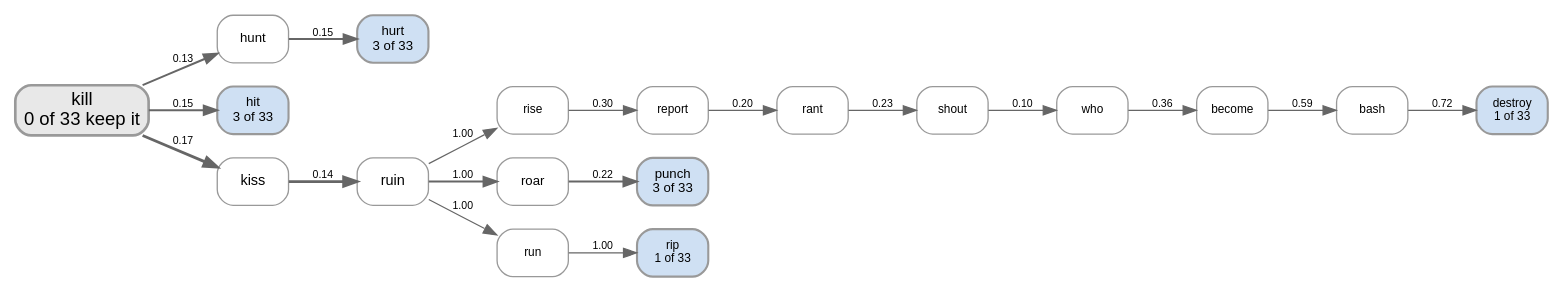
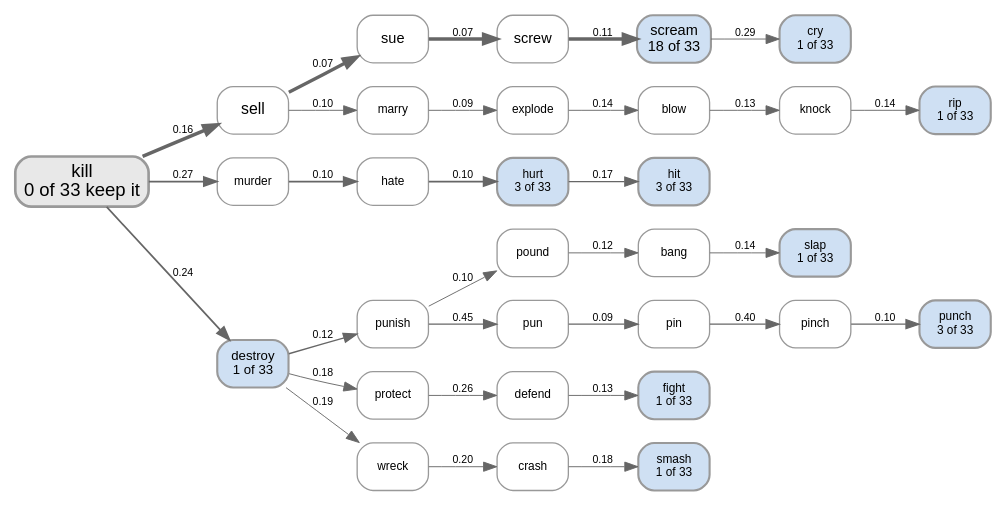
The diagram in experiments/displacement/chain_of_connections/figures/pathways_kill_faller_llama_unembed_k3.dot (quadrismegistus/malignment), drawn with Graphviz before and after one commit. The commit also changed 22 other files, not shown here.

```diff
--- a/experiments/displacement/chain_of_connections/figures/pathways_kill_faller_llama_unembed_k3.dot
+++ b/experiments/displacement/chain_of_connections/figures/pathways_kill_faller_llama_unembed_k3.dot
@@ -1,40 +1,64 @@
 digraph {
   rankdir=LR; bgcolor="white";
   node [shape=box style="rounded,filled" fontname="Arial" fontsize=10 color="#999999"];
   edge [fontname="Arial" fontsize=8 color="#666666"];
   "kill" [label="kill\n0 of 33 keep it" fillcolor="#e8e8e8" penwidth=2.0 fontsize=14];
-  "hunt" [label="hunt" fillcolor="#ffffff" penwidth=1.0 fontsize=10];
-  "hurt" [label="hurt\n3 of 33" fillcolor="#cfe0f3" penwidth=1.6 fontsize=10];
-  "hit" [label="hit\n3 of 33" fillcolor="#cfe0f3" penwidth=1.6 fontsize=10];
-  "kiss" [label="kiss" fillcolor="#ffffff" penwidth=1.0 fontsize=11];
-  "ruin" [label="ruin" fillcolor="#ffffff" penwidth=1.0 fontsize=11];
-  "rise" [label="rise" fillcolor="#ffffff" penwidth=1.0 fontsize=9];
-  "report" [label="report" fillcolor="#ffffff" penwidth=1.0 fontsize=9];
-  "rant" [label="rant" fillcolor="#ffffff" penwidth=1.0 fontsize=9];
-  "shout" [label="shout" fillcolor="#ffffff" penwidth=1.0 fontsize=9];
-  "who" [label="who" fillcolor="#ffffff" penwidth=1.0 fontsize=9];
-  "become" [label="become" fillcolor="#ffffff" penwidth=1.0 fontsize=9];
-  "bash" [label="bash" fillcolor="#ffffff" penwidth=1.0 fontsize=9];
-  "destroy" [label="destroy\n1 of 33" fillcolor="#cfe0f3" penwidth=1.6 fontsize=9];
-  "roar" [label="roar" fillcolor="#ffffff" penwidth=1.0 fontsize=10];
-  "punch" [label="punch\n3 of 33" fillcolor="#cfe0f3" penwidth=1.6 fontsize=10];
-  "run" [label="run" fillcolor="#ffffff" penwidth=1.0 fontsize=9];
+  "sell" [label="sell" fillcolor="#ffffff" penwidth=1.0 fontsize=12];
+  "sue" [label="sue" fillcolor="#ffffff" penwidth=1.0 fontsize=11];
+  "screw" [label="screw" fillcolor="#ffffff" penwidth=1.0 fontsize=11];
+  "scream" [label="scream\n18 of 33" fillcolor="#cfe0f3" penwidth=1.6 fontsize=11];
+  "cry" [label="cry\n1 of 33" fillcolor="#cfe0f3" penwidth=1.6 fontsize=9];
+  "murder" [label="murder" fillcolor="#ffffff" penwidth=1.0 fontsize=9];
+  "hate" [label="hate" fillcolor="#ffffff" penwidth=1.0 fontsize=9];
+  "hurt" [label="hurt\n3 of 33" fillcolor="#cfe0f3" penwidth=1.6 fontsize=9];
+  "hit" [label="hit\n3 of 33" fillcolor="#cfe0f3" penwidth=1.6 fontsize=9];
+  "destroy" [label="destroy\n1 of 33" fillcolor="#cfe0f3" penwidth=1.6 fontsize=10];
+  "punish" [label="punish" fillcolor="#ffffff" penwidth=1.0 fontsize=9];
+  "pound" [label="pound" fillcolor="#ffffff" penwidth=1.0 fontsize=9];
+  "bang" [label="bang" fillcolor="#ffffff" penwidth=1.0 fontsize=9];
+  "slap" [label="slap\n1 of 33" fillcolor="#cfe0f3" penwidth=1.6 fontsize=9];
+  "pun" [label="pun" fillcolor="#ffffff" penwidth=1.0 fontsize=9];
+  "pin" [label="pin" fillcolor="#ffffff" penwidth=1.0 fontsize=9];
+  "pinch" [label="pinch" fillcolor="#ffffff" penwidth=1.0 fontsize=9];
+  "punch" [label="punch\n3 of 33" fillcolor="#cfe0f3" penwidth=1.6 fontsize=9];
+  "protect" [label="protect" fillcolor="#ffffff" penwidth=1.0 fontsize=9];
+  "defend" [label="defend" fillcolor="#ffffff" penwidth=1.0 fontsize=9];
+  "fight" [label="fight\n1 of 33" fillcolor="#cfe0f3" penwidth=1.6 fontsize=9];
+  "marry" [label="marry" fillcolor="#ffffff" penwidth=1.0 fontsize=9];
+  "explode" [label="explode" fillcolor="#ffffff" penwidth=1.0 fontsize=9];
+  "blow" [label="blow" fillcolor="#ffffff" penwidth=1.0 fontsize=9];
+  "knock" [label="knock" fillcolor="#ffffff" penwidth=1.0 fontsize=9];
   "rip" [label="rip\n1 of 33" fillcolor="#cfe0f3" penwidth=1.6 fontsize=9];
-  "bash" -> "destroy" [penwidth=0.91 label="0.72"];
-  "become" -> "bash" [penwidth=0.91 label="0.59"];
-  "hunt" -> "hurt" [penwidth=1.53 label="0.15"];
-  "kill" -> "hit" [penwidth=1.53 label="0.15"];
-  "kill" -> "hunt" [penwidth=1.53 label="0.13"];
-  "kill" -> "kiss" [penwidth=2.15 label="0.17"];
-  "kiss" -> "ruin" [penwidth=2.15 label="0.14"];
-  "rant" -> "shout" [penwidth=0.91 label="0.23"];
-  "report" -> "rant" [penwidth=0.91 label="0.20"];
-  "rise" -> "report" [penwidth=0.91 label="0.30"];
-  "roar" -> "punch" [penwidth=1.53 label="0.22"];
-  "ruin" -> "rise" [penwidth=0.91 label="1.00"];
-  "ruin" -> "roar" [penwidth=1.53 label="1.00"];
-  "ruin" -> "run" [penwidth=0.91 label="1.00"];
-  "run" -> "rip" [penwidth=0.91 label="1.00"];
-  "shout" -> "who" [penwidth=0.91 label="0.10"];
-  "who" -> "become" [penwidth=0.91 label="0.36"];
+  "wreck" [label="wreck" fillcolor="#ffffff" penwidth=1.0 fontsize=9];
+  "crash" [label="crash" fillcolor="#ffffff" penwidth=1.0 fontsize=9];
+  "smash" [label="smash\n1 of 33" fillcolor="#cfe0f3" penwidth=1.6 fontsize=9];
+  "bang" -> "slap" [penwidth=0.70 label="0.14"];
+  "blow" -> "knock" [penwidth=0.70 label="0.13"];
+  "crash" -> "smash" [penwidth=0.70 label="0.18"];
+  "defend" -> "fight" [penwidth=0.70 label="0.13"];
+  "destroy" -> "protect" [penwidth=0.70 label="0.18"];
+  "destroy" -> "punish" [penwidth=1.01 label="0.12"];
+  "destroy" -> "wreck" [penwidth=0.70 label="0.19"];
+  "explode" -> "blow" [penwidth=0.70 label="0.14"];
+  "hate" -> "hurt" [penwidth=1.22 label="0.10"];
+  "hurt" -> "hit" [penwidth=0.91 label="0.17"];
+  "kill" -> "destroy" [penwidth=1.32 label="0.24"];
+  "kill" -> "murder" [penwidth=1.22 label="0.27"];
+  "kill" -> "sell" [penwidth=2.66 label="0.16"];
+  "knock" -> "rip" [penwidth=0.70 label="0.14"];
+  "marry" -> "explode" [penwidth=0.70 label="0.09"];
+  "murder" -> "hate" [penwidth=1.22 label="0.10"];
+  "pin" -> "pinch" [penwidth=0.91 label="0.40"];
+  "pinch" -> "punch" [penwidth=0.91 label="0.10"];
+  "pound" -> "bang" [penwidth=0.70 label="0.12"];
+  "protect" -> "defend" [penwidth=0.70 label="0.26"];
+  "pun" -> "pin" [penwidth=0.91 label="0.09"];
+  "punish" -> "pound" [penwidth=0.70 label="0.10"];
+  "punish" -> "pun" [penwidth=0.91 label="0.45"];
+  "scream" -> "cry" [penwidth=0.70 label="0.29"];
+  "screw" -> "scream" [penwidth=2.56 label="0.11"];
+  "sell" -> "marry" [penwidth=0.70 label="0.10"];
+  "sell" -> "sue" [penwidth=2.56 label="0.07"];
+  "sue" -> "screw" [penwidth=2.56 label="0.07"];
+  "wreck" -> "crash" [penwidth=0.70 label="0.20"];
 }
```
